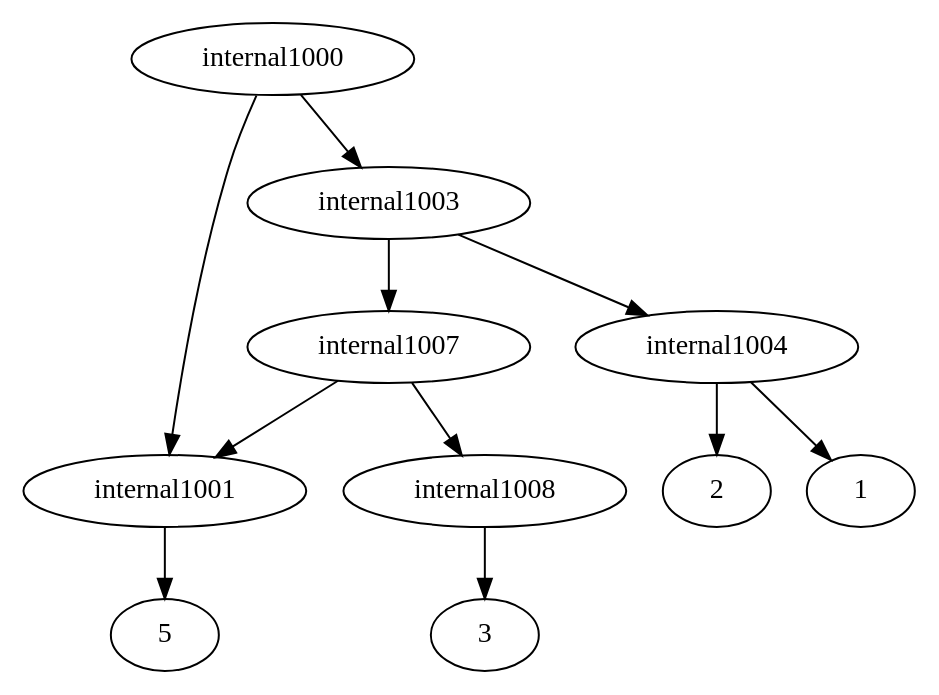
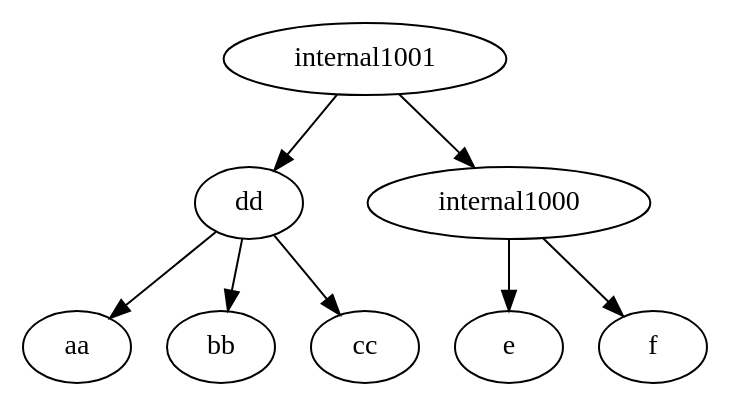
The diagram in ParsingTxt/Launcher/upload.dot (iharnoor/PhylogeneticsWebsite), drawn with Graphviz before and after one commit. The commit also changed 11 other files, not shown here.

```diff
--- a/ParsingTxt/Launcher/upload.dot
+++ b/ParsingTxt/Launcher/upload.dot
@@ -1,13 +1,8 @@
 strict digraph G1 {
-internal1000 -> internal1001
-internal1000 -> internal1003
-internal1001 -> 5
-internal1003 -> internal1004
-internal1003 -> internal1007
-internal1004 -> 2
-internal1004 -> 1
-internal1007 -> internal1008
-internal1007 -> internal1001
-internal1008 -> 3
-internal1001 -> 5
+dd -> aa,bb
+dd -> cc
+internal1000 -> e
+internal1000 -> f
+internal1001 -> dd
+internal1001 -> internal1000
 }
```
